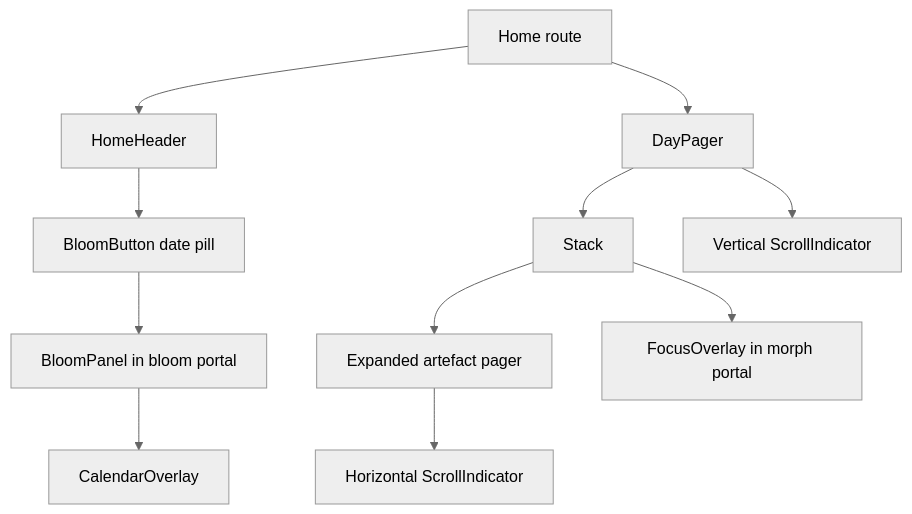
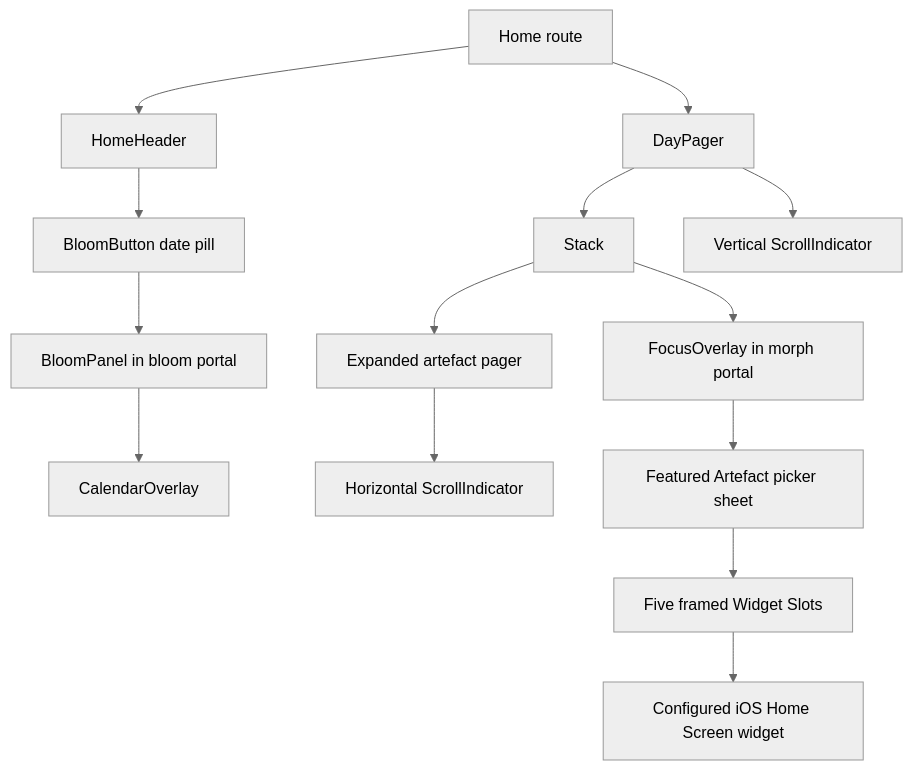
The diagram in docs/README.md (vxncetxn/soies), drawn with Mermaid (neutral theme) before and after one commit. The commit also changed other lines of this file and 79 other files, not shown here.

Commit message:
feat: add featured artefact widgets

````diff
--- a/docs/README.md
+++ b/docs/README.md
@@ -16,13 +17,16 @@
 ```mermaid
 flowchart TD
   Home["Home route"] --> Header["HomeHeader"]
   Home --> Pager["DayPager"]
   Header --> Trigger["BloomButton date pill"]
   Trigger --> Panel["BloomPanel in bloom portal"]
   Panel --> Calendar["CalendarOverlay"]
   Pager --> Entry["Stack"]
   Pager --> DayRail["Vertical ScrollIndicator"]
   Entry --> ArtefactPager["Expanded artefact pager"]
   ArtefactPager --> ArtefactRail["Horizontal ScrollIndicator"]
   Entry --> Focus["FocusOverlay in morph portal"]
+  Focus --> Picker["Featured Artefact picker sheet"]
+  Picker --> Slots["Five framed Widget Slots"]
+  Slots --> Widget["Configured iOS Home Screen widget"]
 ```
````
